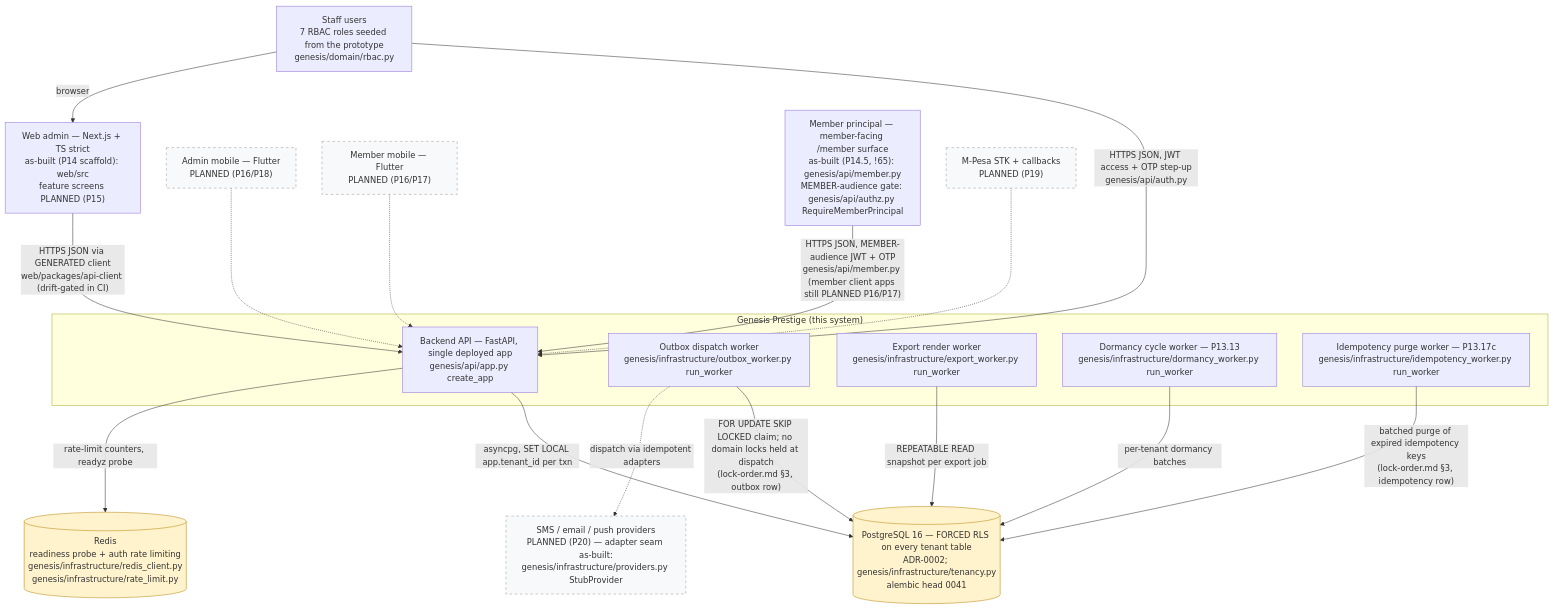
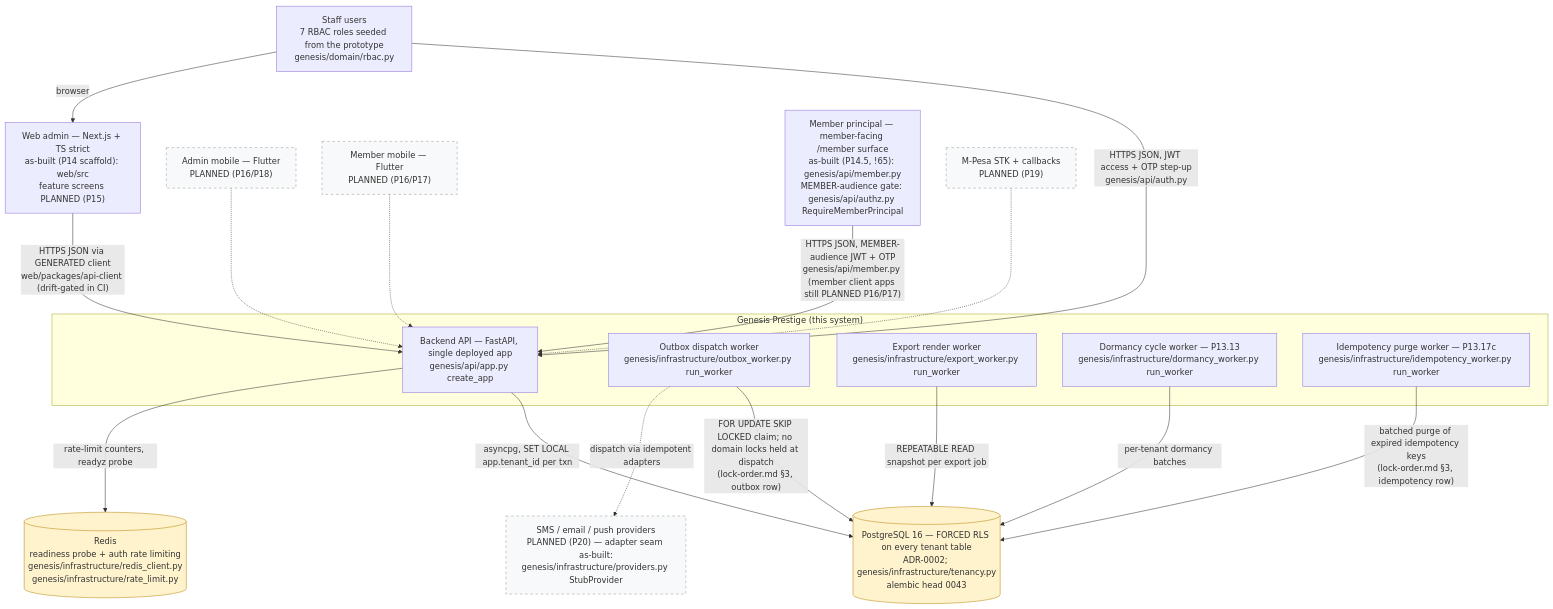
The diagram in docs/diagrams/c4-context.md (Benson-Kim/genesis-sacco), drawn with Mermaid before and after one commit. The commit also changed other lines of this file and 10 other files, not shown here.

````diff
--- a/docs/diagrams/c4-context.md
+++ b/docs/diagrams/c4-context.md
@@ -60,46 +69,46 @@
 ```mermaid
 flowchart TB
     %% Authored against main @ 08541b860f1445b16c342c39b6606d86b9dbeb17
     %% L1 context — as-built boxes cite genesis modules; dashed = PLANNED (Pn).
 
     STAFF["Staff users<br/>7 RBAC roles seeded from the prototype<br/>genesis/domain/rbac.py"]
 
     subgraph SYS["Genesis Prestige (this system)"]
         API["Backend API — FastAPI, single deployed app<br/>genesis/api/app.py create_app"]
         OBW["Outbox dispatch worker<br/>genesis/infrastructure/outbox_worker.py run_worker"]
         EXW["Export render worker<br/>genesis/infrastructure/export_worker.py run_worker"]
         DMW["Dormancy cycle worker — P13.13<br/>genesis/infrastructure/dormancy_worker.py run_worker"]
         IDW["Idempotency purge worker — P13.17c<br/>genesis/infrastructure/idempotency_worker.py run_worker"]
     end
 
-    PG[("PostgreSQL 16 — FORCED RLS on every tenant table<br/>ADR-0002; genesis/infrastructure/tenancy.py<br/>alembic head 0041")]
+    PG[("PostgreSQL 16 — FORCED RLS on every tenant table<br/>ADR-0002; genesis/infrastructure/tenancy.py<br/>alembic head 0043")]
     RD[("Redis<br/>readiness probe + auth rate limiting<br/>genesis/infrastructure/redis_client.py<br/>genesis/infrastructure/rate_limit.py")]
 
     WEB["Web admin — Next.js + TS strict<br/>as-built (P14 scaffold): web/src<br/>feature screens PLANNED (P15)"]
     ADM["Admin mobile — Flutter<br/>PLANNED (P16/P18)"]
     MEM["Member mobile — Flutter<br/>PLANNED (P16/P17)"]
     MPR["Member principal — member-facing /member surface<br/>as-built (P14.5, !65): genesis/api/member.py<br/>MEMBER-audience gate: genesis/api/authz.py RequireMemberPrincipal"]
     MPESA["M-Pesa STK + callbacks<br/>PLANNED (P19)"]
     PROV["SMS / email / push providers<br/>PLANNED (P20) — adapter seam as-built:<br/>genesis/infrastructure/providers.py StubProvider"]
 
     STAFF -->|"HTTPS JSON, JWT access + OTP step-up<br/>genesis/api/auth.py"| API
     API -->|"asyncpg, SET LOCAL app.tenant_id per txn"| PG
     API -->|"rate-limit counters, readyz probe"| RD
     OBW -->|"FOR UPDATE SKIP LOCKED claim; no domain locks held at dispatch<br/>(lock-order.md §3, outbox row)"| PG
     EXW -->|"REPEATABLE READ snapshot per export job"| PG
     DMW -->|"per-tenant dormancy batches"| PG
     IDW -->|"batched purge of expired idempotency keys<br/>(lock-order.md §3, idempotency row)"| PG
     OBW -.->|"dispatch via idempotent adapters"| PROV
 
     STAFF -->|"browser"| WEB
     WEB -->|"HTTPS JSON via GENERATED client<br/>web/packages/api-client (drift-gated in CI)"| API
     ADM -.-> API
     MEM -.-> API
     MPR -->|"HTTPS JSON, MEMBER-audience JWT + OTP<br/>genesis/api/member.py (member client apps still PLANNED P16/P17)"| API
     MPESA -.-> API
 
     classDef planned fill:#f8f9fa,stroke:#999,stroke-dasharray: 5 5;
     class ADM,MEM,MPESA,PROV planned;
     classDef store fill:#fff3cd,stroke:#b8860b;
     class PG,RD store;
 ```
````
